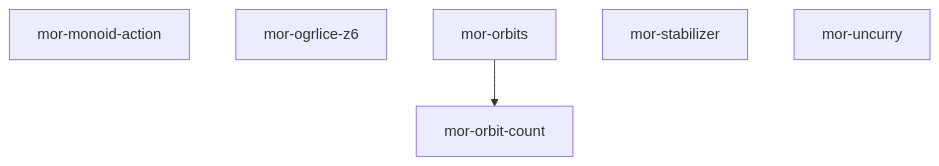
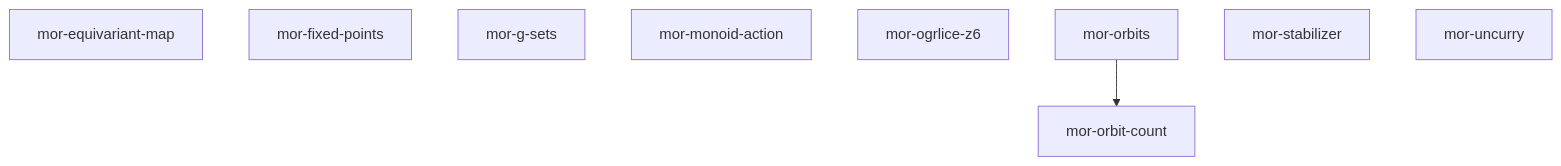
Before and after one commit to matsek-fer/reader: the seventh of 7 diagrams in examples/mini-vault/views/dag.md, drawn with Mermaid. The commit also changed other lines of this file and 376 other files, not shown here.

````diff
--- a/examples/mini-vault/views/dag.md
+++ b/examples/mini-vault/views/dag.md
@@ -133,10 +135,13 @@
 ```mermaid
 graph TD
+    mor_equivariant_map["mor-equivariant-map"]
+    mor_fixed_points["mor-fixed-points"]
+    mor_g_sets["mor-g-sets"]
     mor_monoid_action["mor-monoid-action"]
     mor_ogrlice_z6["mor-ogrlice-z6"]
     mor_orbit_count["mor-orbit-count"]
     mor_orbits["mor-orbits"]
     mor_stabilizer["mor-stabilizer"]
     mor_uncurry["mor-uncurry"]
     mor_orbits --> mor_orbit_count
 ```
````
